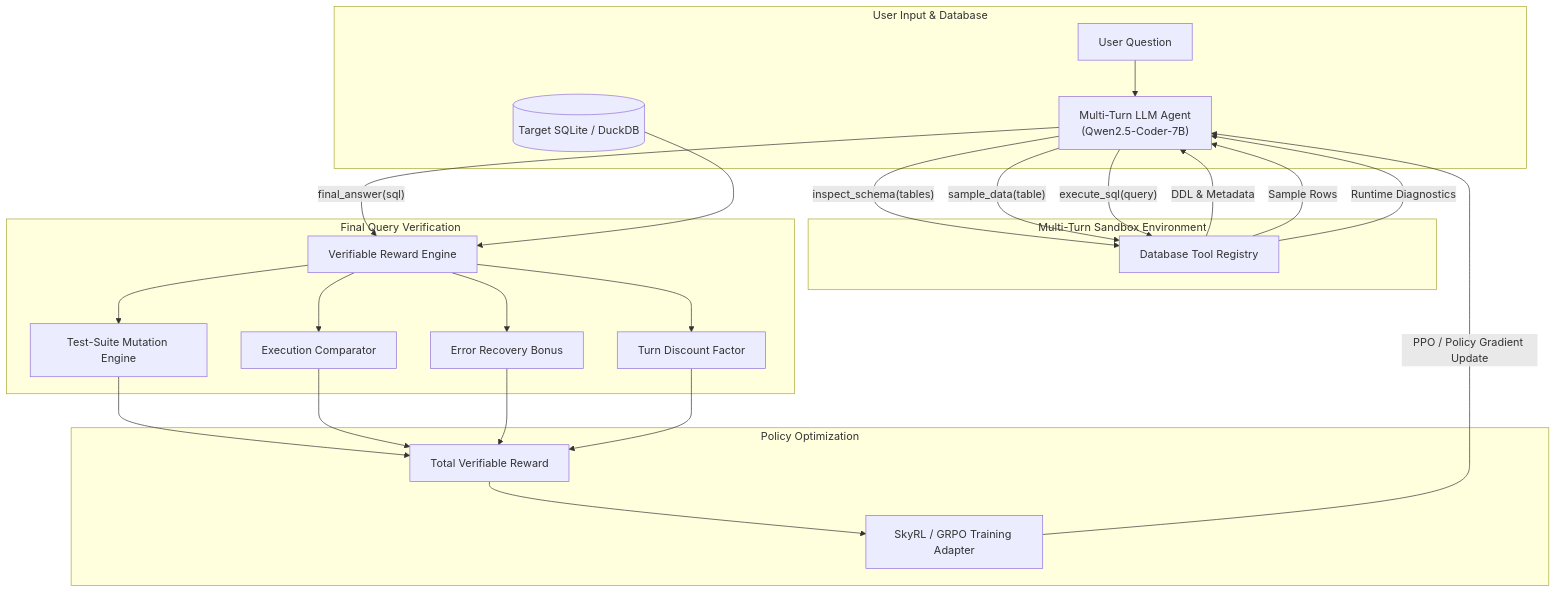
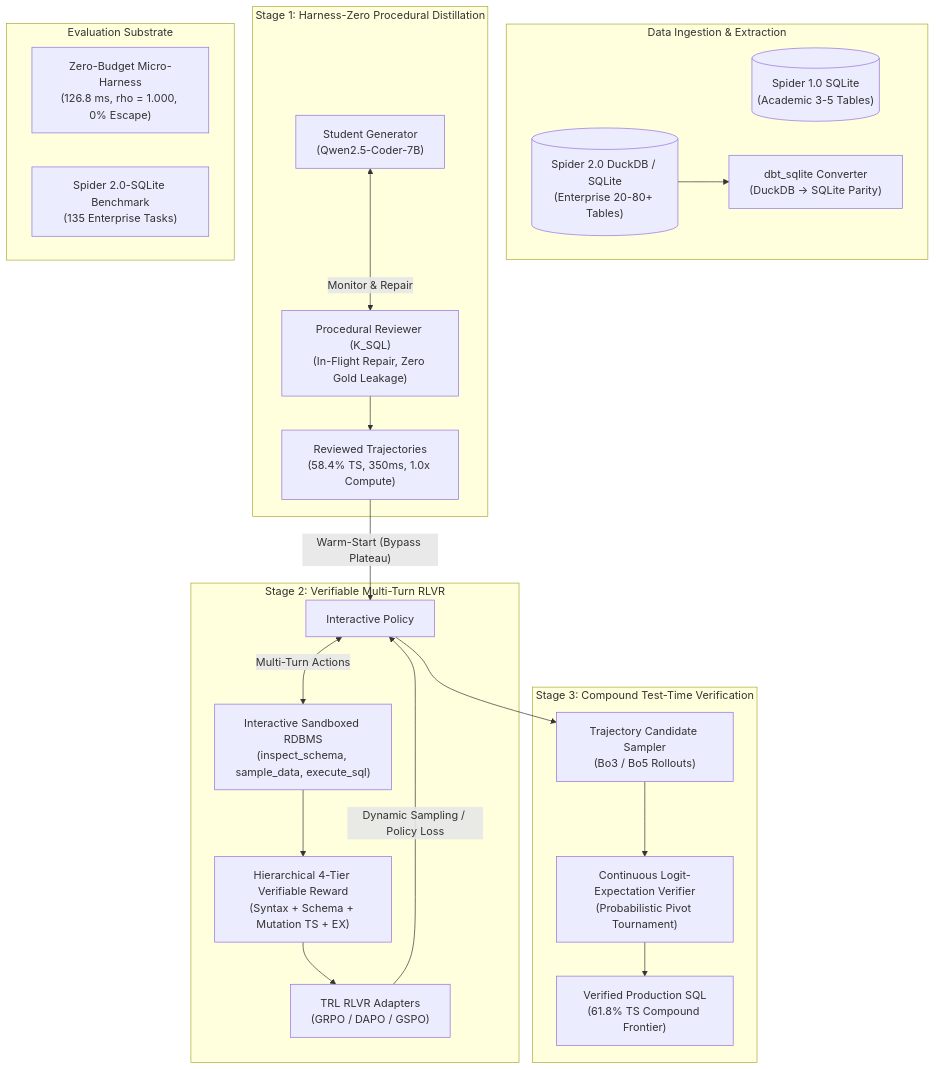
One commit to chrisjcc/ask-the-database changed the diagram in README.md. Above: the diagram before and after it, drawn with Mermaid. The commit also changed other lines of this file and 5 other files, not shown here.

````diff
--- a/README.md
+++ b/README.md
@@ -31,31 +33,37 @@
 ```mermaid
 flowchart TD
-    subgraph Input ["User Input & Database"]
-        Q["User Question"] --> Agent["Multi-Turn LLM Agent\n(Qwen2.5-Coder-7B)"]
-        DB[("Target SQLite / DuckDB")]
+    subgraph Data ["Data Ingestion & Extraction"]
+        S1[("Spider 1.0 SQLite\n(Academic 3-5 Tables)")]
+        S2[("Spider 2.0 DuckDB / SQLite\n(Enterprise 20-80+ Tables)")]
+        Conv["dbt_sqlite Converter\n(DuckDB -> SQLite Parity)"]
+        S2 --> Conv
     end
 
-    subgraph Exploration ["Multi-Turn Sandbox Environment"]
-        Agent -->|"inspect_schema(tables)"| Tools["Database Tool Registry"]
-        Agent -->|"sample_data(table)"| Tools
-        Agent -->|"execute_sql(query)"| Tools
-        Tools -->|"DDL & Metadata"| Agent
-        Tools -->|"Sample Rows"| Agent
-        Tools -->|"Runtime Diagnostics"| Agent
+    subgraph Distillation ["Stage 1: Harness-Zero Procedural Distillation"]
+        Student["Student Generator\n(Qwen2.5-Coder-7B)"]
+        KSQL["Procedural Reviewer (K_SQL)\n(In-Flight Repair, Zero Gold Leakage)"]
+        Student <-->|"Monitor & Repair"| KSQL
+        KSQL --> DistillData["Reviewed Trajectories\n(58.4% TS, 350ms, 1.0x Compute)"]
     end
 
-    subgraph Termination ["Final Query Verification"]
-        Agent -->|"final_answer(sql)"| Evaluator["Verifiable Reward Engine"]
-        DB --> Evaluator
-        Evaluator --> TS["Test-Suite Mutation Engine"]
-        Evaluator --> EX["Execution Comparator"]
-        Evaluator --> RC["Error Recovery Bonus"]
-        Evaluator --> DC["Turn Discount Factor"]
+    subgraph Optimization ["Stage 2: Verifiable Multi-Turn RLVR"]
+        Env["Interactive Sandboxed RDBMS\n(inspect_schema, sample_data, execute_sql)"]
+        DistillData -->|"Warm-Start (Bypass Plateau)"| Agent["Interactive Policy"]
+        Agent <-->|"Multi-Turn Actions"| Env
+        Env --> Rubric["Hierarchical 4-Tier Verifiable Reward\n(Syntax + Schema + Mutation TS + EX)"]
+        Rubric --> Adapters["TRL RLVR Adapters\n(GRPO / DAPO / GSPO)"]
+        Adapters -->|"Dynamic Sampling / Policy Loss"| Agent
     end
 
-    subgraph Optimization ["Policy Optimization"]
-        TS & EX & RC & DC --> Reward["Total Verifiable Reward"]
-        Reward --> SkyRL["SkyRL / GRPO Training Adapter"]
-        SkyRL -->|"PPO / Policy Gradient Update"| Agent
+    subgraph Verification ["Stage 3: Compound Test-Time Verification"]
+        GenPool["Trajectory Candidate Sampler\n(Bo3 / Bo5 Rollouts)"]
+        Agent --> GenPool
+        GenPool --> Verifier["Continuous Logit-Expectation Verifier\n(Probabilistic Pivot Tournament)"]
+        Verifier --> VerifiedSQL["Verified Production SQL\n(61.8% TS Compound Frontier)"]
+    end
+
+    subgraph Substrate ["Evaluation Substrate"]
+        Micro["Zero-Budget Micro-Harness\n(126.8 ms, rho = 1.000, 0% Escape)"]
+        Spider2Bench["Spider 2.0-SQLite Benchmark\n(135 Enterprise Tasks)"]
     end
 ```
````
